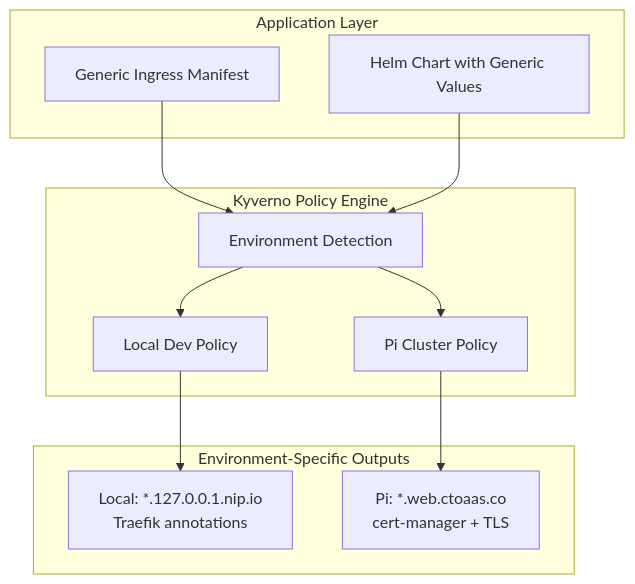
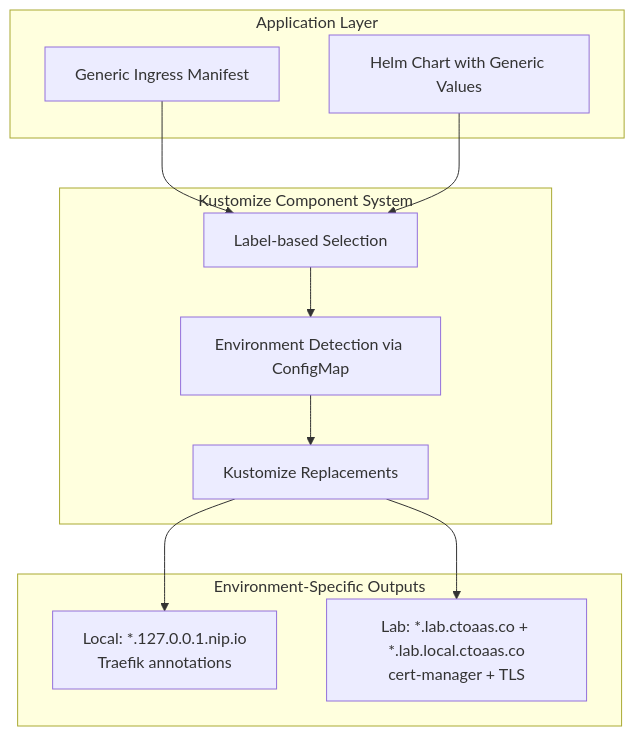
The diagram in .kiro/specs/ingress-management/design.md (craigedmunds/eda-mesh), drawn with Mermaid before and after one commit. The commit also changed other lines of this file and 10 other files, not shown here.

````diff
--- a/.kiro/specs/ingress-management/design.md
+++ b/.kiro/specs/ingress-management/design.md
@@ -11,25 +11,25 @@
 ```mermaid
 graph TB
     subgraph "Application Layer"
         A[Generic Ingress Manifest]
         B[Helm Chart with Generic Values]
     end
     
-    subgraph "Kyverno Policy Engine"
-        C[Environment Detection]
-        D[Local Dev Policy]
-        E[Pi Cluster Policy]
+    subgraph "Kustomize Component System"
+        C[Environment Detection via ConfigMap]
+        D[Kustomize Replacements]
+        E[Label-based Selection]
     end
     
     subgraph "Environment-Specific Outputs"
         F[Local: *.127.0.0.1.nip.io<br/>Traefik annotations]
-        G[Pi: *.web.ctoaas.co<br/>cert-manager + TLS]
+        G[Lab: *.lab.ctoaas.co + *.lab.local.ctoaas.co<br/>cert-manager + TLS]
     end
     
-    A --> C
-    B --> C
+    A --> E
+    B --> E
+    E --> C
     C --> D
-    C --> E
     D --> F
-    E --> G
+    D --> G
 ```
````
